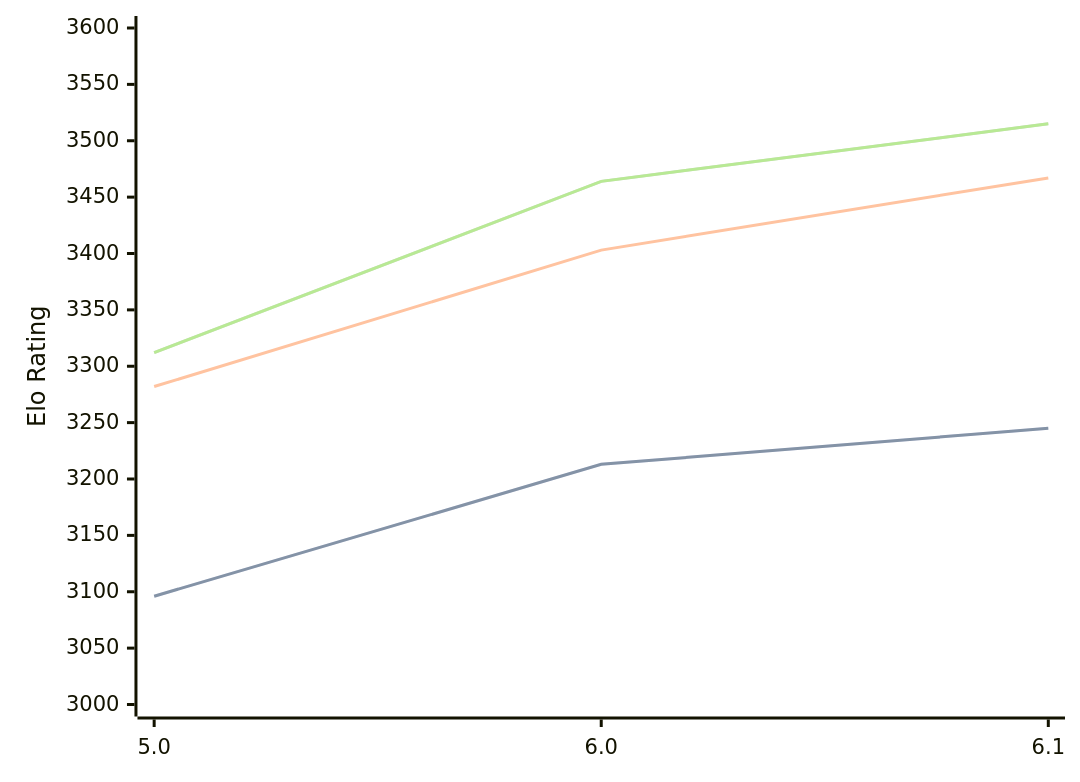
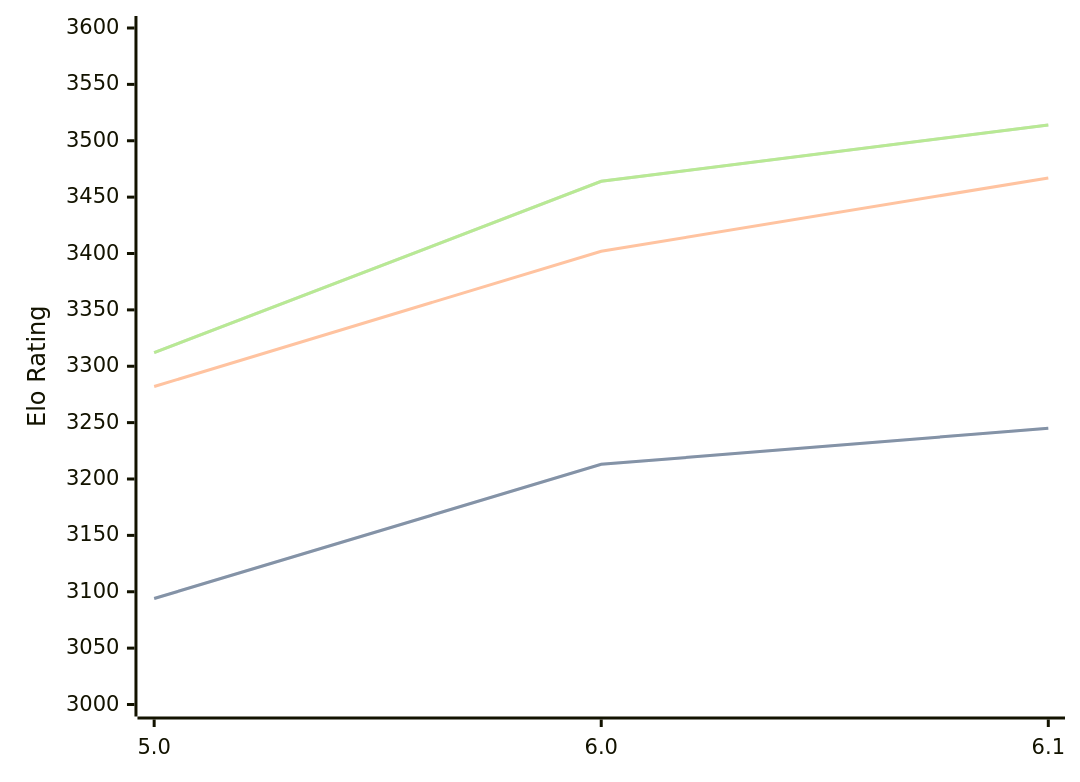
One commit to computer-chess-index/cci changed the diagram in engines/PZChessBot.md. Above: the diagram before and after it, drawn with Mermaid. The commit also changed other lines of this file, not shown here.

Commit message:
Update CCI Ratings (ELO VLTC) - 2026-02-28

````diff
--- a/engines/PZChessBot.md
+++ b/engines/PZChessBot.md
@@ -40,11 +40,11 @@
 ```mermaid
 %%{init: {"theme":"base","themeVariables":{"seriesColors:['#a3a3a3','#222221','#faa371']}}}%%
 xychart-beta
   x-axis ["5.0", "6.0", "6.1"]
   y-axis "Elo Rating" 3000 --> 3600
-  line "STC (8.0+0.08s)" [3096, 3213, 3245]
-  line "STC (8.0+0.08s)" [3096, 3213, 3245]
-  line "LTC (60.0+0.60s)" [3282, 3403, 3467]
-  line "VLTC (2m24s+1.12s)" [3312, 3464, 3515]
-  line "VLTC (2m24s+1.12s)" [3312, 3464, 3515]
+  line "STC (8.0+0.08s)" [3094, 3213, 3245]
+  line "STC (8.0+0.08s)" [3094, 3213, 3245]
+  line "LTC (60.0+0.60s)" [3282, 3402, 3467]
+  line "VLTC (2m24s+1.12s)" [3312, 3464, 3514]
+  line "VLTC (2m24s+1.12s)" [3312, 3464, 3514]
 ```
````
